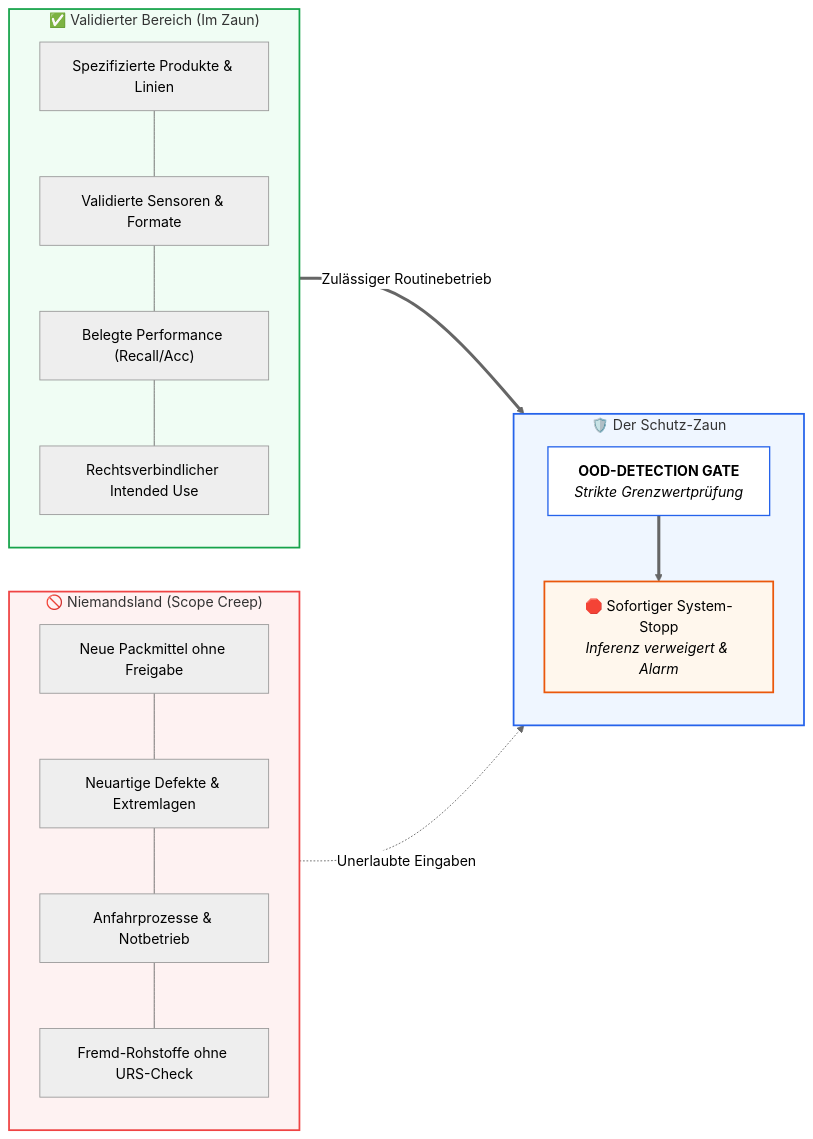
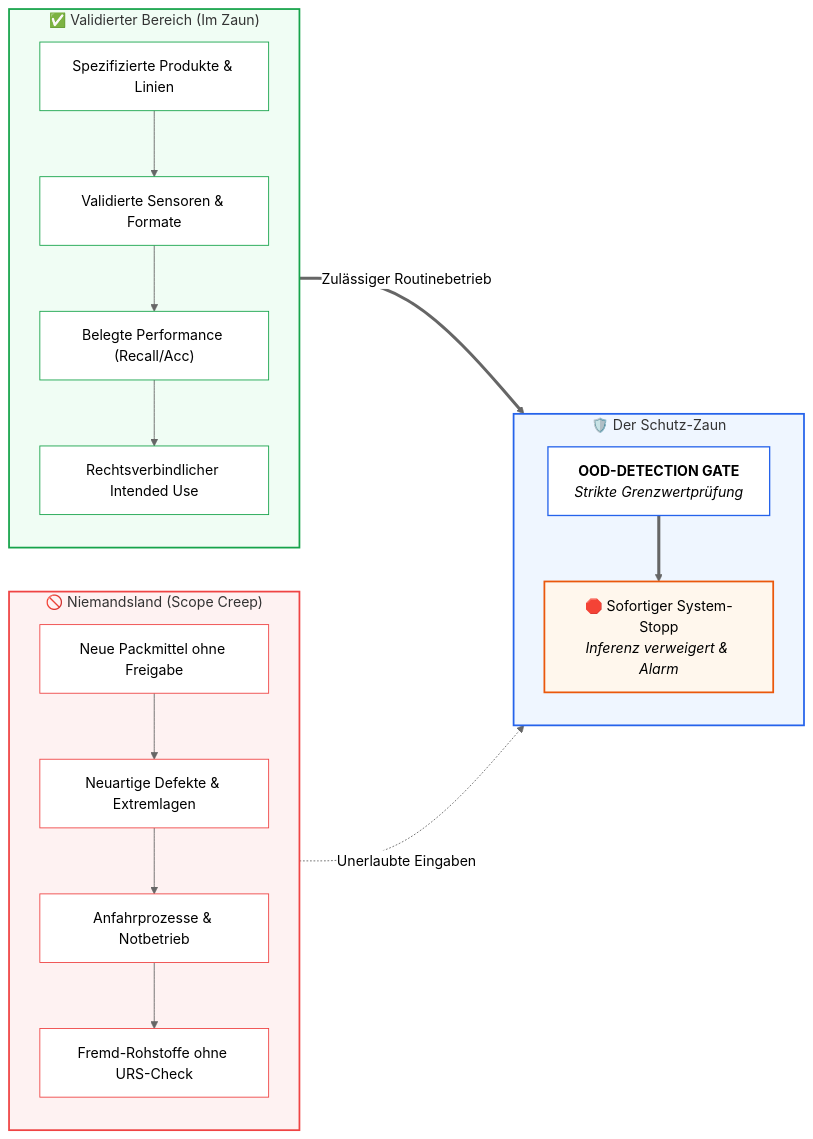
One commit to Lunaman06/Annex22 changed the diagram in docs/de/module_05_intended_use_model_definition.md. Above: the diagram before and after it, drawn with Mermaid (neutral theme). The commit also changed 10 other files, not shown here.

Commit message:
fix(ui,docs): add overview TOC box, style executive summary, clean hero & add directional mermaid arrows

````diff
--- a/docs/de/module_05_intended_use_model_definition.md
+++ b/docs/de/module_05_intended_use_model_definition.md
@@ -13,36 +13,44 @@
 ```mermaid
 flowchart LR
     subgraph Inside["✅ Validierter Bereich (Im Zaun)"]
         direction TB
         IN1["Spezifizierte Produkte & Linien"]
         IN2["Validierte Sensoren & Formate"]
         IN3["Belegte Performance (Recall/Acc)"]
         IN4["Rechtsverbindlicher Intended Use"]
-        IN1 --- IN2 --- IN3 --- IN4
+        IN1 --> IN2 --> IN3 --> IN4
     end
 
     subgraph Defense["🛡️ Der Schutz-Zaun"]
         direction TB
         FENCE["<b>OOD-DETECTION GATE</b><br/><i>Strikte Grenzwertprüfung</i>"]
         ACTION["🛑 Sofortiger System-Stopp<br/><i>Inferenz verweigert & Alarm</i>"]
         FENCE ==> ACTION
     end
 
     subgraph Outside["🚫 Niemandsland (Scope Creep)"]
         direction TB
         OUT1["Neue Packmittel ohne Freigabe"]
         OUT2["Neuartige Defekte & Extremlagen"]
         OUT3["Anfahrprozesse & Notbetrieb"]
         OUT4["Fremd-Rohstoffe ohne URS-Check"]
-        OUT1 --- OUT2 --- OUT3 --- OUT4
+        OUT1 --> OUT2 --> OUT3 --> OUT4
     end
 
     Inside ==>|"Zulässiger Routinebetrieb"| FENCE
     Outside -.->|"Unerlaubte Eingaben"| FENCE
 
     style Inside fill:#f0fdf4,stroke:#16a34a,stroke-width:2px
     style Defense fill:#eff6ff,stroke:#2563eb,stroke-width:2px
     style Outside fill:#fef2f2,stroke:#ef4444,stroke-width:2px
     style FENCE fill:#ffffff,stroke:#2563eb,stroke-width:1.5px
     style ACTION fill:#fff7ed,stroke:#ea580c,stroke-width:2px
+    style IN1 fill:#ffffff,stroke:#16a34a,stroke-width:1px
+    style IN2 fill:#ffffff,stroke:#16a34a,stroke-width:1px
+    style IN3 fill:#ffffff,stroke:#16a34a,stroke-width:1px
+    style IN4 fill:#ffffff,stroke:#16a34a,stroke-width:1px
+    style OUT1 fill:#ffffff,stroke:#ef4444,stroke-width:1px
+    style OUT2 fill:#ffffff,stroke:#ef4444,stroke-width:1px
+    style OUT3 fill:#ffffff,stroke:#ef4444,stroke-width:1px
+    style OUT4 fill:#ffffff,stroke:#ef4444,stroke-width:1px
 ```
````
